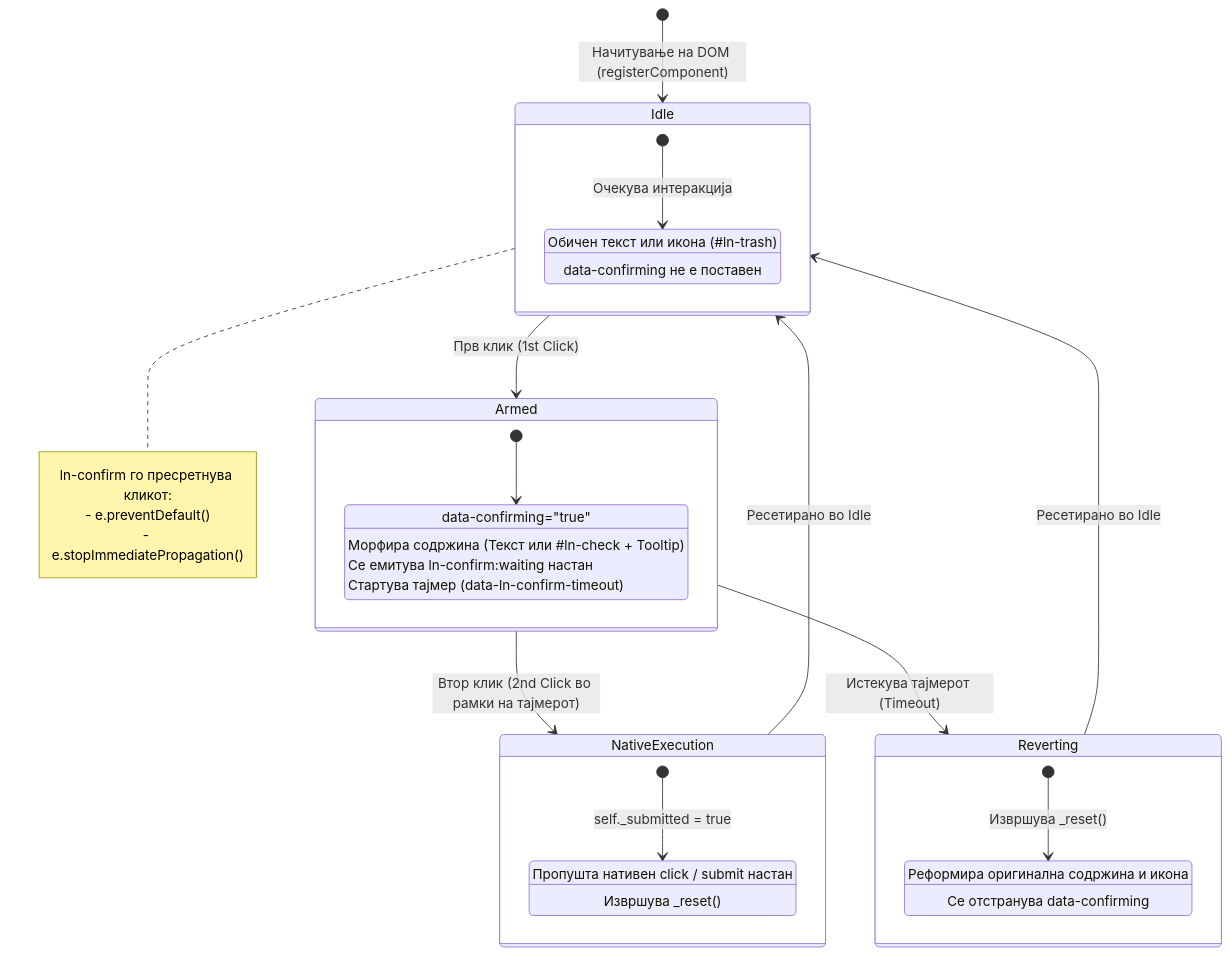
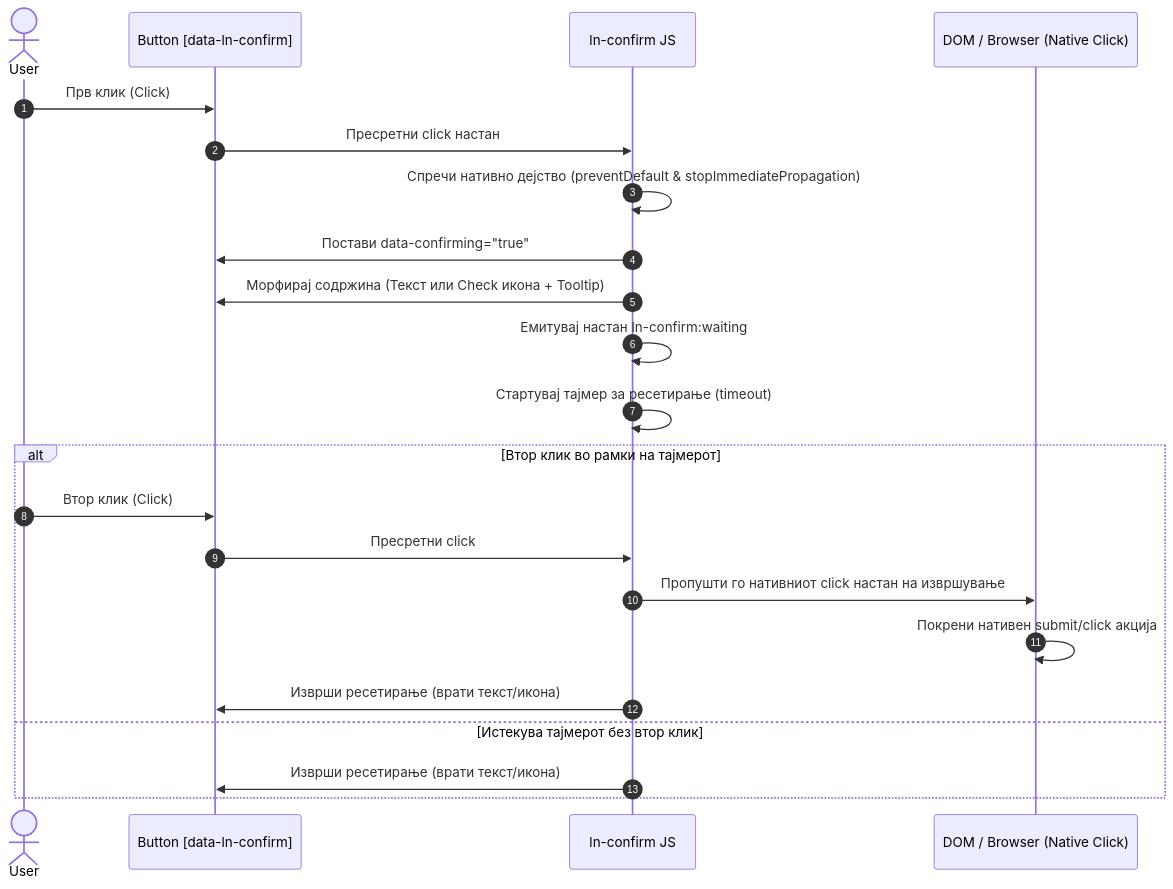
The diagram in architecture_docs_draft/components/ln-confirm.md (livenetworks/ln-ashlar), drawn with Mermaid before and after one commit. The commit also changed other lines of this file and 12 other files, not shown here.

First line of the commit message:
docs(mcp): data-layer corpus (7 component docs) + review fixes — Events API = full protocol inventory

````diff
--- a/architecture_docs_draft/components/ln-confirm.md
+++ b/architecture_docs_draft/components/ln-confirm.md
@@ -351,43 +139,26 @@
 ```mermaid
-stateDiagram-v2
-    [*] --> Idle: Начитување на DOM (registerComponent)
+sequenceDiagram
+    autonumber
+    actor User
+    participant Button as Button [data-ln-confirm]
+    participant JS as ln-confirm JS
+    participant DOM as DOM / Browser (Native Click)
+
+    User->>Button: Прв клик (Click)
+    Button->>JS: Пресретни click настан
+    JS->>JS: Спречи нативно дејство (preventDefault & stopImmediatePropagation)
+    JS->>Button: Постави data-confirming="true"
+    JS->>Button: Морфирај содржина (Текст или Check икона + Tooltip)
+    JS->>JS: Емитувај настан ln-confirm:waiting
+    JS->>JS: Стартувај тајмер за ресетирање (timeout)
     
-    state Idle {
-        [*] --> Unarmed: Очекува интеракција
-        Unarmed: Обичен текст или икона (#ln-trash)
-        Unarmed: data-confirming не е поставен
-    }
-
-    Idle --> Armed: Прв клик (1st Click)
-    note right of Idle
-        ln-confirm го пресретнува кликот:
-        - e.preventDefault()
-        - e.stopImmediatePropagation()
-    end note
-
-    state Armed {
-        [*] --> ConfirmingState
-        ConfirmingState: data-confirming="true"
-        ConfirmingState: Морфира содржина (Текст или #ln-check + Tooltip)
-        ConfirmingState: Се емитува ln-confirm:waiting настан
-        ConfirmingState: Стартува тајмер (data-ln-confirm-timeout)
-    }
-
-    Armed --> NativeExecution: Втор клик (2nd Click во рамки на тајмерот)
-    Armed --> Reverting: Истекува тајмерот (Timeout)
-
-    state NativeExecution {
-        [*] --> ReleaseEvent: self._submitted = true
-        ReleaseEvent: Пропушта нативен click / submit настан
-        ReleaseEvent: Извршува _reset()
-    }
-
-    state Reverting {
-        [*] --> ResetState: Извршува _reset()
-        ResetState: Реформира оригинална содржина и икона
-        ResetState: Се отстранува data-confirming
-    }
-
-    NativeExecution --> Idle: Ресетирано во Idle
-    Reverting --> Idle: Ресетирано во Idle
+    alt Втор клик во рамки на тајмерот
+        User->>Button: Втор клик (Click)
+        Button->>JS: Пресретни click
+        JS->>DOM: Пропушти го нативниот click настан на извршување
+        DOM->>DOM: Покрени нативен submit/click акција
+        JS->>Button: Изврши ресетирање (врати текст/икона)
+    else Истекува тајмерот без втор клик
+        JS->>Button: Изврши ресетирање (врати текст/икона)
+    end
 ```
````
